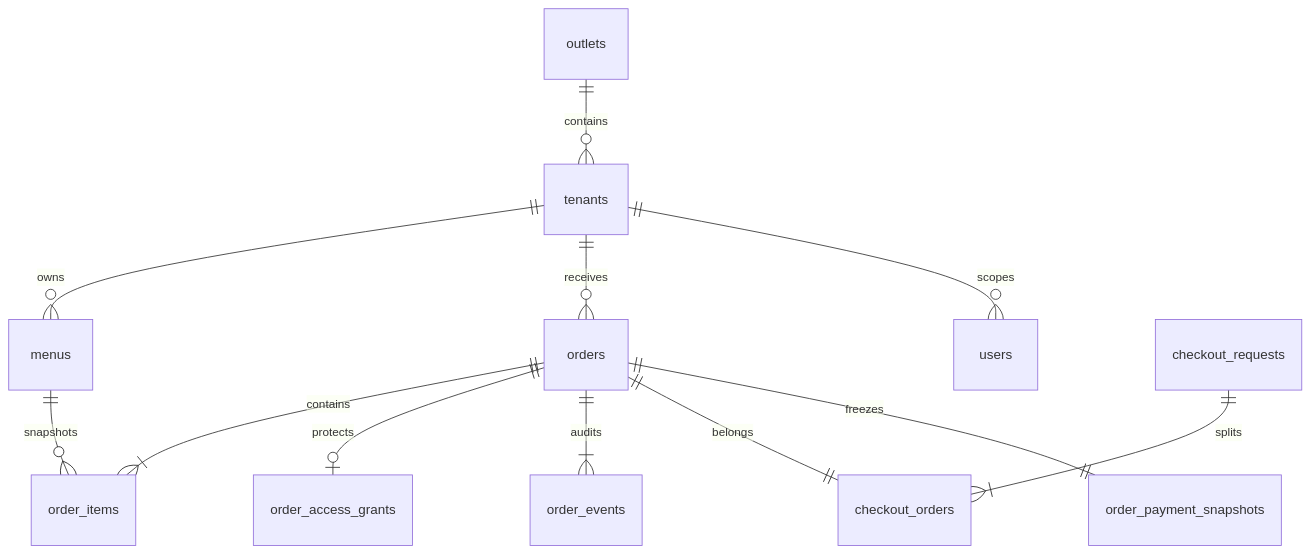
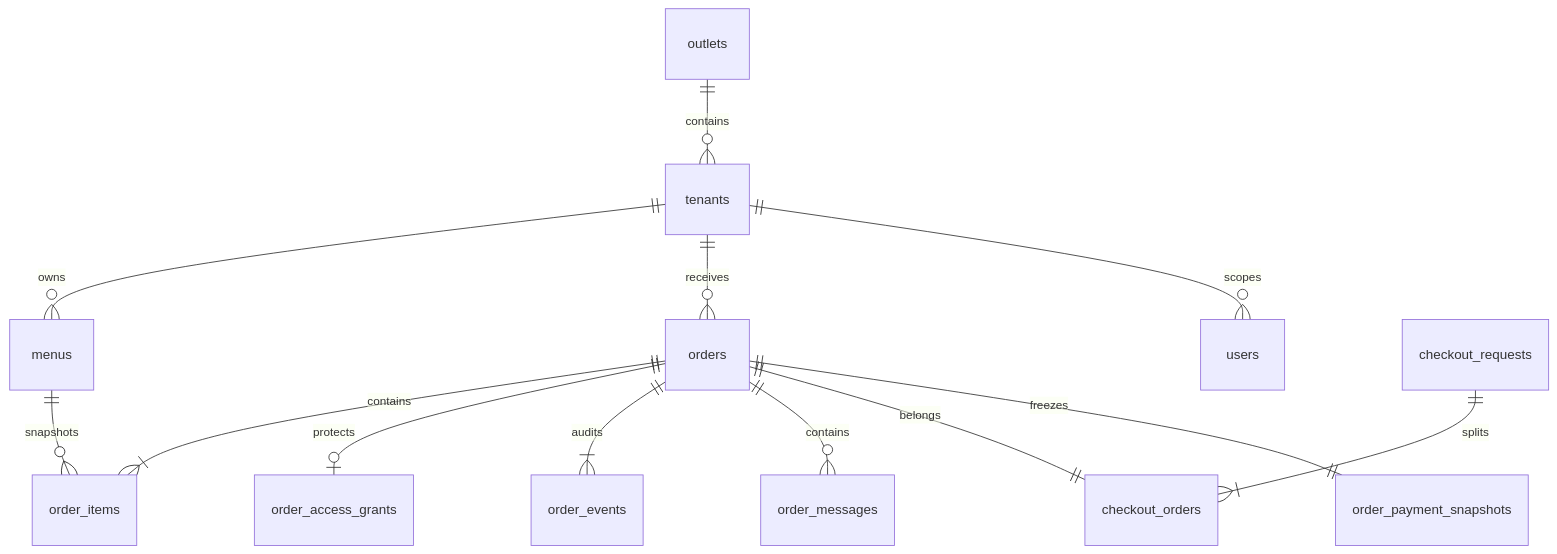
The diagram in docs/data-model.md (muhammadIqbal-R/WebKantin), drawn with Mermaid before and after one commit. The commit also changed other lines of this file and 26 other files, not shown here.

````diff
--- a/docs/data-model.md
+++ b/docs/data-model.md
@@ -7,14 +7,15 @@
 ```mermaid
 erDiagram
   outlets ||--o{ tenants : contains
   tenants ||--o{ menus : owns
   tenants ||--o{ orders : receives
   tenants ||--o{ users : scopes
   orders ||--|{ order_items : contains
   menus ||--o{ order_items : snapshots
   orders ||--o| order_access_grants : protects
   orders ||--|{ order_events : audits
+  orders ||--o{ order_messages : contains
   checkout_requests ||--|{ checkout_orders : splits
   orders ||--|| checkout_orders : belongs
   orders ||--|| order_payment_snapshots : freezes
 ```
````
